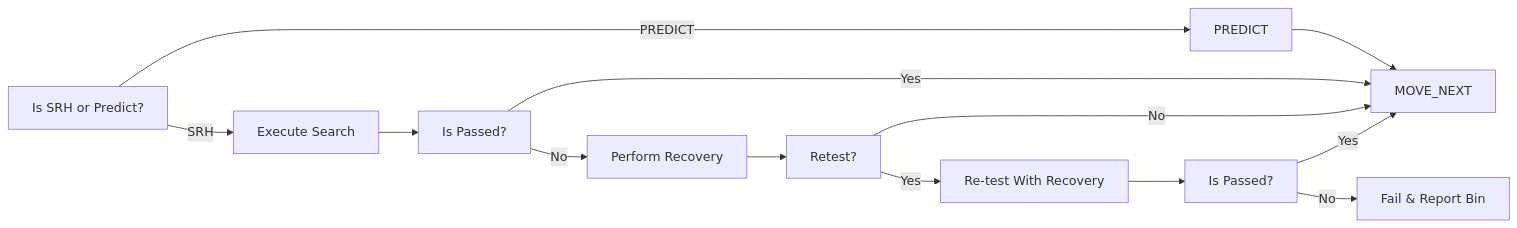
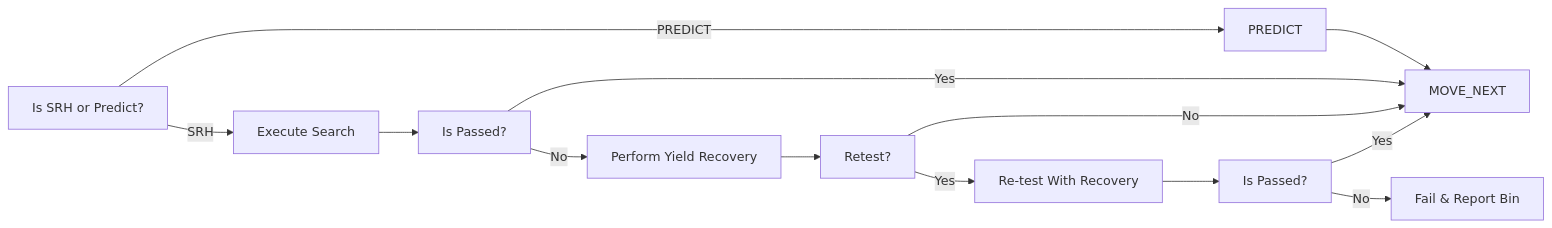
One commit to imahamdan/ctt_docs changed the tenth of 11 diagrams in Writerside/topics/convergedvminsearch-1.md. Above: the diagram before and after it, drawn with Mermaid. The commit also changed other lines of this file and 11 other files, not shown here.

````diff
--- a/Writerside/topics/convergedvminsearch-1.md
+++ b/Writerside/topics/convergedvminsearch-1.md
@@ -161,14 +177,14 @@
 ```mermaid
 graph LR
     MODE["Is SRH or Predict?"]
     MODE -- SRH --> SRH["Execute Search"] --> ISPASS["Is Passed?"]
     MODE -- PREDICT --> PREDICT --> MOVE_NEXT
     ISPASS -- Yes --> MOVE_NEXT
-    ISPASS -- No --> RECOVERY["Perform Recovery"]
+    ISPASS -- No --> RECOVERY["Perform Yield Recovery"]
     RECOVERY --> ISRETEST["Retest?"]
     ISRETEST -- No --> MOVE_NEXT
     ISRETEST -- Yes --> RETEST["Re-test With Recovery"] --> ISPASSREC["Is Passed?"]
     ISPASSREC -- Yes --> MOVE_NEXT
     ISPASSREC -- No --> FAIL["Fail & Report Bin"]
 
 ```
````
